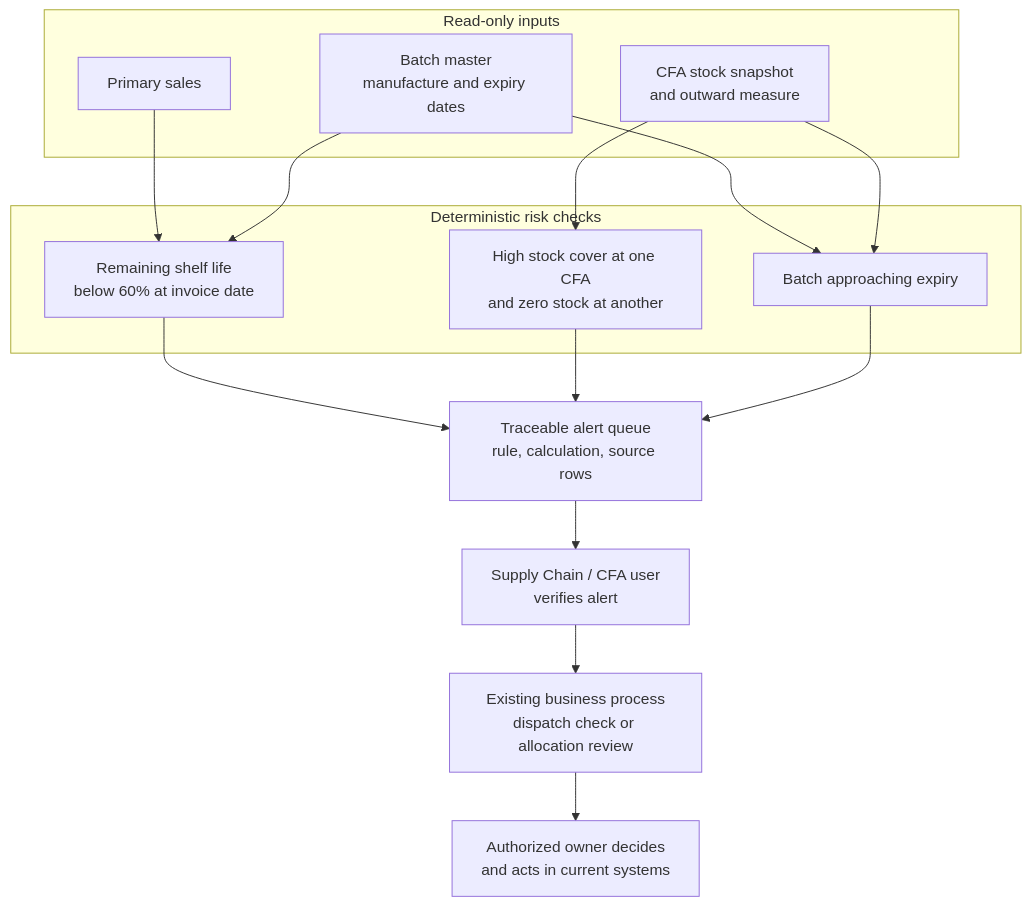
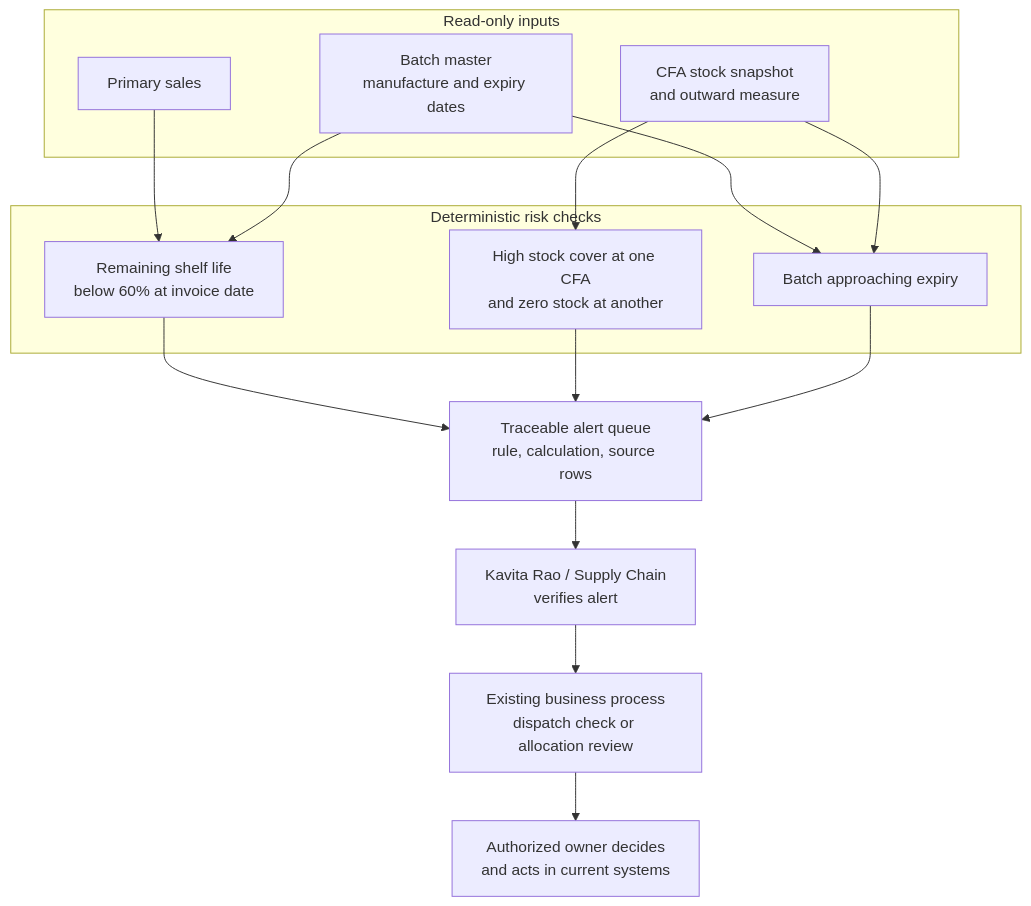
One commit to palashdange/Project_Pfizer changed the third of 3 diagrams in pfizer-channel-engagement_learner-pack/discovery/solution_business_flow.md. Above: the diagram before and after it, drawn with Mermaid. The commit also changed other lines of this file and 24 other files, not shown here.

````diff
--- a/pfizer-channel-engagement_learner-pack/discovery/solution_business_flow.md
+++ b/pfizer-channel-engagement_learner-pack/discovery/solution_business_flow.md
@@ -23,29 +42,29 @@
 ```mermaid
 flowchart TB
     subgraph INPUTS[Read-only inputs]
         SALES[Primary sales]
         BATCH[Batch master<br/>manufacture and expiry dates]
         STOCK[CFA stock snapshot<br/>and outward measure]
     end
 
     subgraph CHECKS[Deterministic risk checks]
         SHELF[Remaining shelf life<br/>below 60% at invoice date]
         IMBALANCE[High stock cover at one CFA<br/>and zero stock at another]
         NEAR[Batch approaching expiry]
     end
 
     QUEUE[Traceable alert queue<br/>rule, calculation, source rows]
-    USER[Supply Chain / CFA user<br/>verifies alert]
+    USER[Kavita Rao / Supply Chain<br/>verifies alert]
     DECISION[Existing business process<br/>dispatch check or allocation review]
     ACTION[Authorized owner decides<br/>and acts in current systems]
 
     SALES --> SHELF
     BATCH --> SHELF
     STOCK --> IMBALANCE
     BATCH --> NEAR
     STOCK --> NEAR
     SHELF --> QUEUE
     IMBALANCE --> QUEUE
     NEAR --> QUEUE
     QUEUE --> USER --> DECISION --> ACTION
 ```
````
